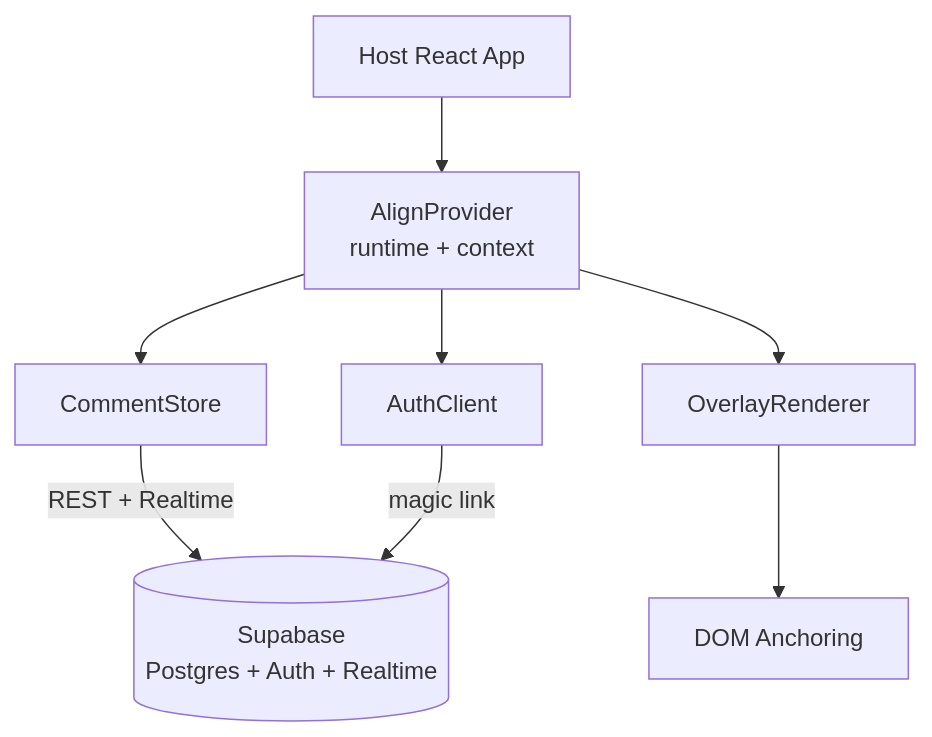
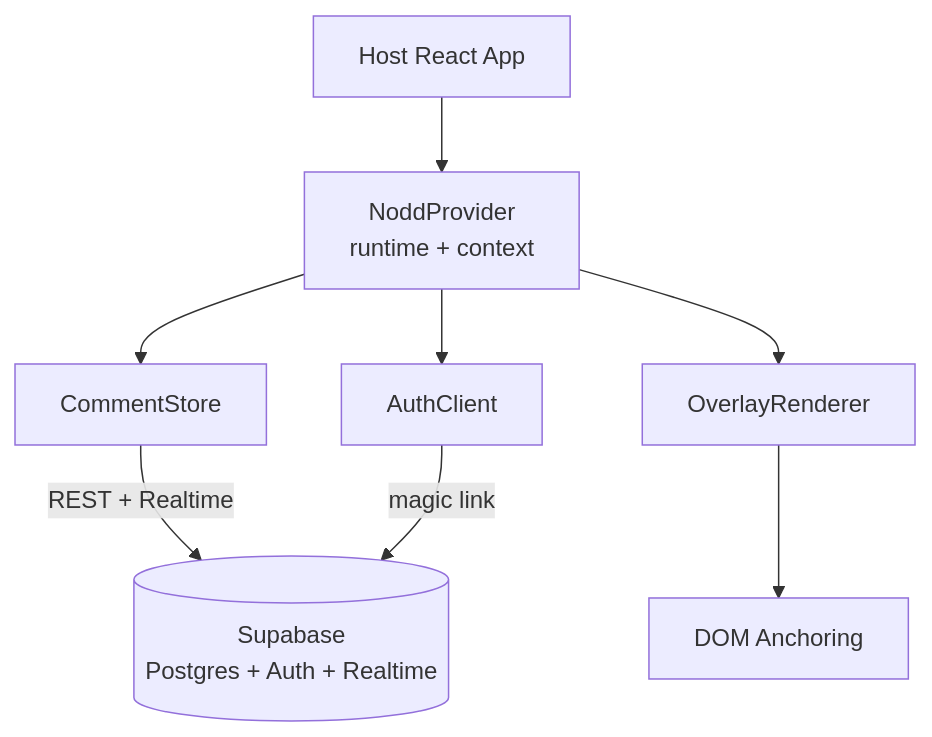
One commit to vadim-lobodin/nodd changed the first of 2 diagrams in DESIGN_DOC.md. Above: the diagram before and after it, drawn with Mermaid. The commit also changed other lines of this file and 40 other files, not shown here.

First line of the commit message:
Rename project from Align to Nodd

````diff
--- a/DESIGN_DOC.md
+++ b/DESIGN_DOC.md
@@ -11,10 +11,10 @@
 ```mermaid
 graph TD
-  Host[Host React App] --> Provider[AlignProvider<br/>runtime + context]
+  Host[Host React App] --> Provider[NoddProvider<br/>runtime + context]
   Provider --> Auth[AuthClient]
   Provider --> Store[CommentStore]
   Provider --> Overlay[OverlayRenderer]
   Overlay --> Anchor[DOM Anchoring]
   Store-- REST + Realtime --> SB[(Supabase<br/>Postgres + Auth + Realtime)]
   Auth -- magic link --> SB
 ```
````
